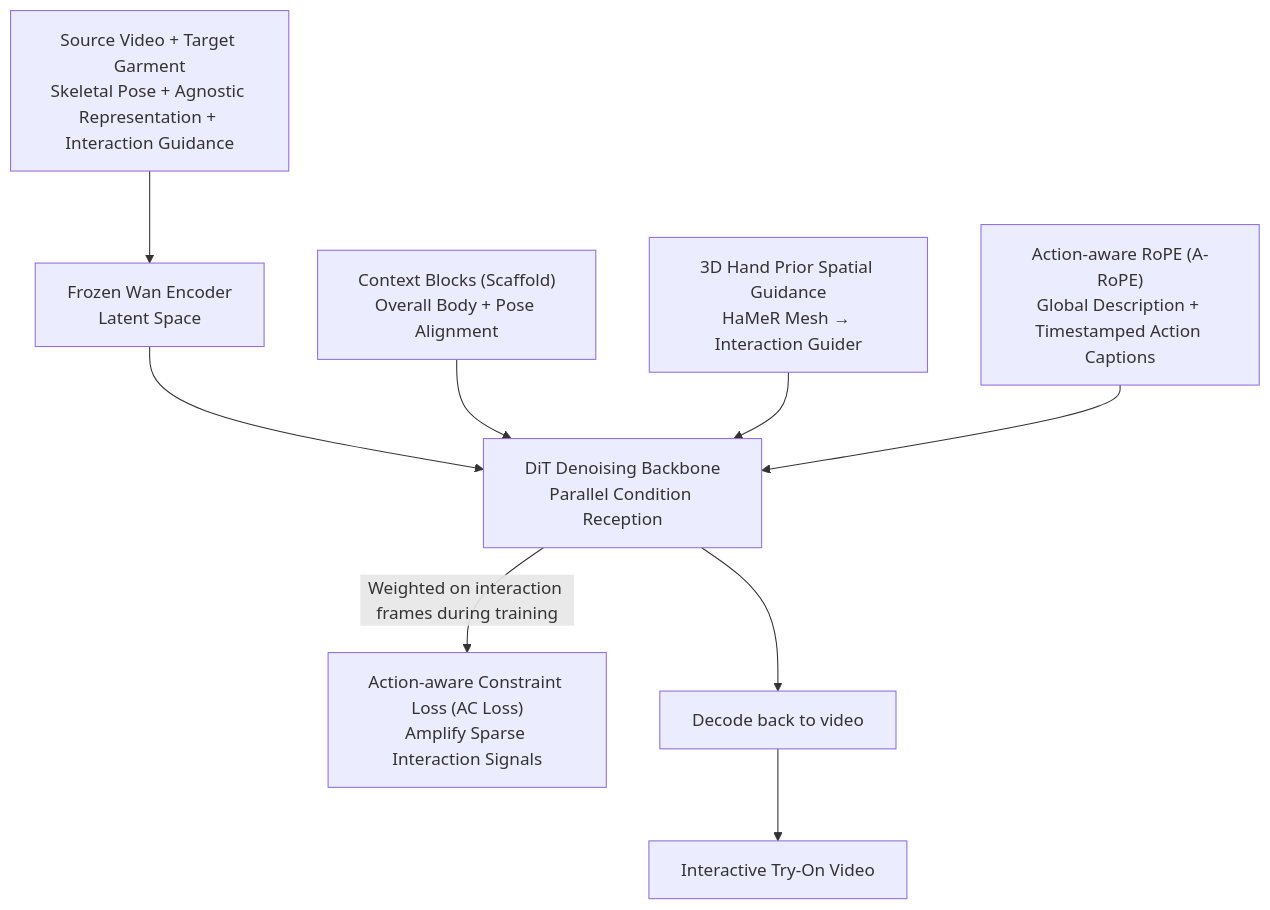
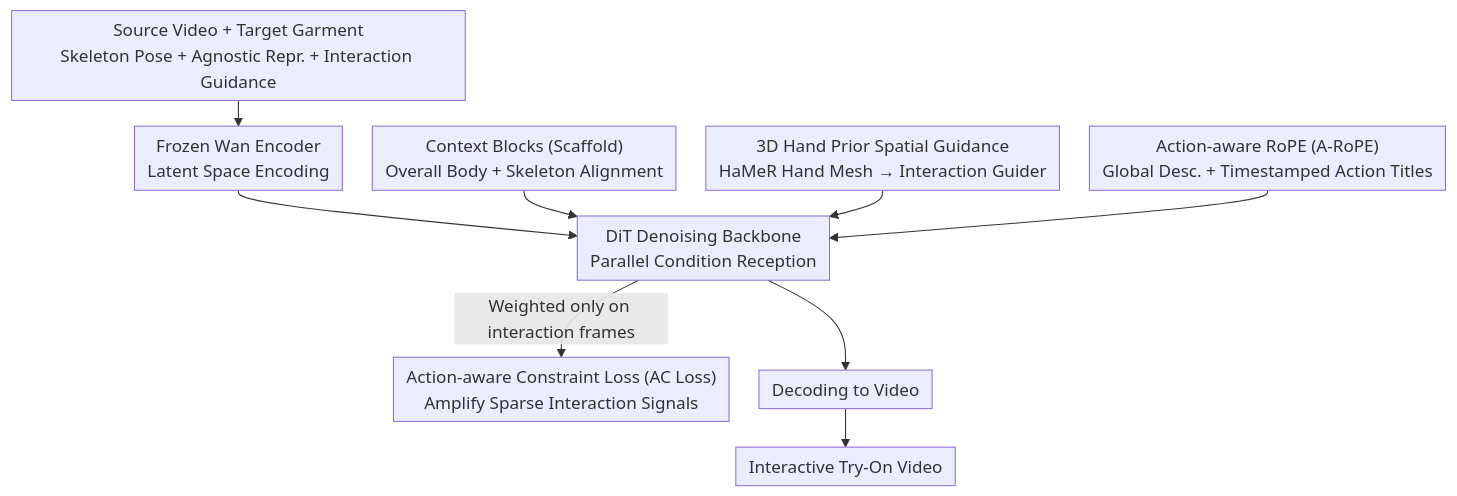
Before and after one commit to zhaoyang97/Paper-Notes-en: the diagram in docs/ICML2026/video_generation/itryon_mastering_interactive_video_virtual_try-on_with_spatial-semantic_guidance.md, drawn with Mermaid. The commit also changed other lines of this file and 5084 other files, not shown here.

````diff
--- a/docs/ICML2026/video_generation/itryon_mastering_interactive_video_virtual_try-on_with_spatial-semantic_guidance.md
+++ b/docs/ICML2026/video_generation/itryon_mastering_interactive_video_virtual_try-on_with_spatial-semantic_guidance.md
@@ -45,11 +45,12 @@
 ```mermaid
+%%{init: {'flowchart': {'rankSpacing': 24, 'nodeSpacing': 28, 'padding': 6, 'wrappingWidth': 400}}}%%
 flowchart TD
-    IN["Source Video + Target Garment<br/>Skeletal Pose + Agnostic Representation + Interaction Guidance"] --> ENC["Frozen Wan Encoder<br/>Latent Space"]
+    IN["Source Video + Target Garment<br/>Skeleton Pose + Agnostic Repr. + Interaction Guidance"] --> ENC["Frozen Wan Encoder<br/>Latent Space Encoding"]
     ENC --> DIT["DiT Denoising Backbone<br/>Parallel Condition Reception"]
-    CTX["Context Blocks (Scaffold)<br/>Overall Body + Pose Alignment"] --> DIT
-    HAND["3D Hand Prior Spatial Guidance<br/>HaMeR Mesh → Interaction Guider"] --> DIT
-    SEM["Action-aware RoPE (A-RoPE)<br/>Global Description + Timestamped Action Captions"] --> DIT
-    DIT -->|"Weighted on interaction frames during training"| AC["Action-aware Constraint Loss (AC Loss)<br/>Amplify Sparse Interaction Signals"]
-    DIT --> DEC["Decode back to video"]
+    CTX["Context Blocks (Scaffold)<br/>Overall Body + Skeleton Alignment"] --> DIT
+    HAND["3D Hand Prior Spatial Guidance<br/>HaMeR Hand Mesh → Interaction Guider"] --> DIT
+    SEM["Action-aware RoPE (A-RoPE)<br/>Global Desc. + Timestamped Action Titles"] --> DIT
+    DIT -->|"Weighted only on interaction frames"| AC["Action-aware Constraint Loss (AC Loss)<br/>Amplify Sparse Interaction Signals"]
+    DIT --> DEC["Decoding to Video"]
     DEC --> OUT["Interactive Try-On Video"]
 ```
````
